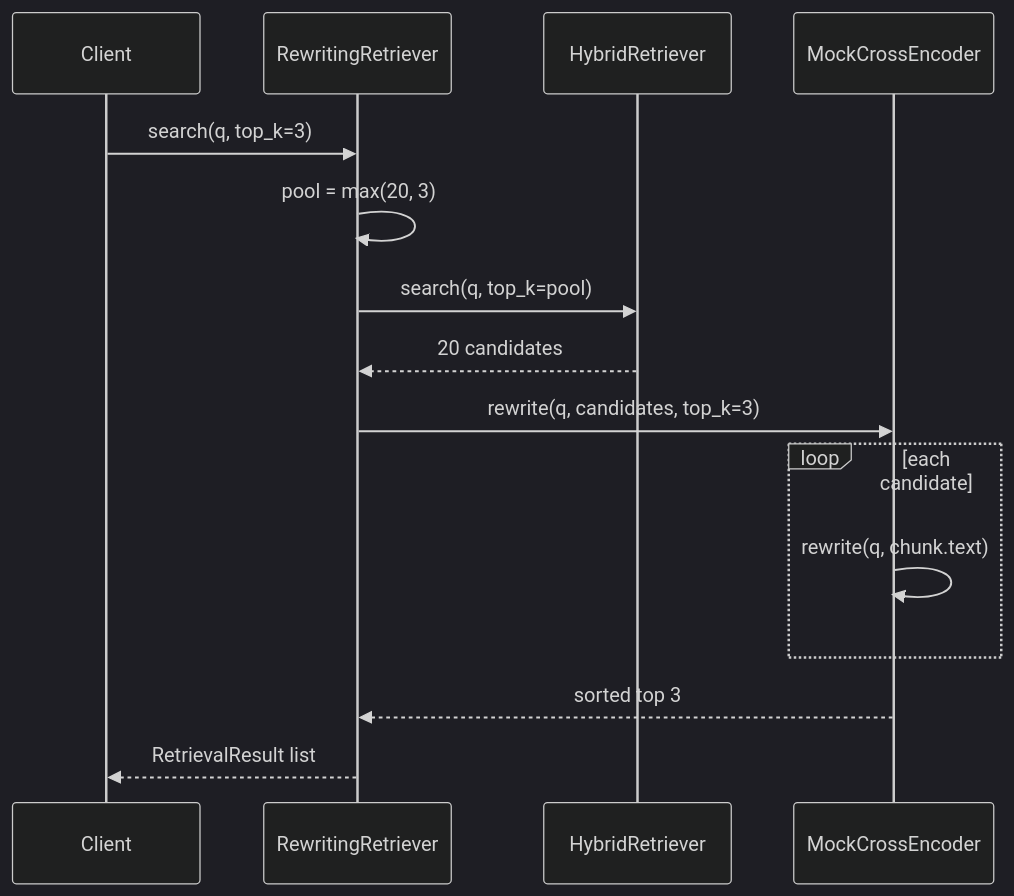
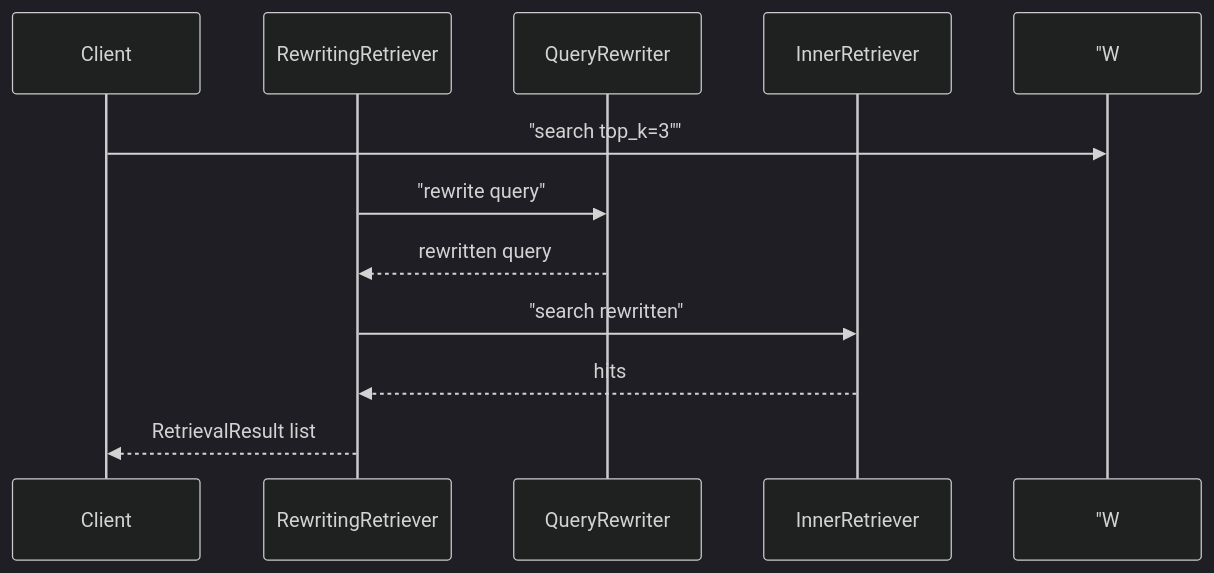
One commit to ab6539763/70_days_course_plus changed the first of 2 diagrams in course/day33/04_流程图与示意图.md. Above: the diagram before and after it, drawn with Mermaid (dark theme). The commit also changed other lines of this file and 128 other files, not shown here.

First line of the commit message:
fix(course): repair day31-37 diagrams, titles, and missing content

````diff
--- a/course/day33/04_流程图与示意图.md
+++ b/course/day33/04_流程图与示意图.md
@@ -5,17 +5,13 @@
 ```mermaid
 sequenceDiagram
     participant U as Client
-    participant R as RewritingRetriever
-    participant H as HybridRetriever
-    participant C as MockCrossEncoder
-    U->>R: search(q, top_k=3)
-    R->>R: pool = max(20, 3)
-    R->>H: search(q, top_k=pool)
-    H-->>R: 20 candidates
-    R->>C: rewrite(q, candidates, top_k=3)
-    loop each candidate
-        C->>C: rewrite(q, chunk.text)
-    end
-    C-->>R: sorted top 3
-    R-->>U: RetrievalResult list
+    participant W as RewritingRetriever
+    participant Q as QueryRewriter
+    participant I as InnerRetriever
+    U->> "W: "search top_k=3""
+    W->>Q: "rewrite query"
+    Q-->>W: rewritten query
+    W->>I: "search rewritten"
+    I-->>W: hits
+    W-->>U: RetrievalResult list
 ```
````
